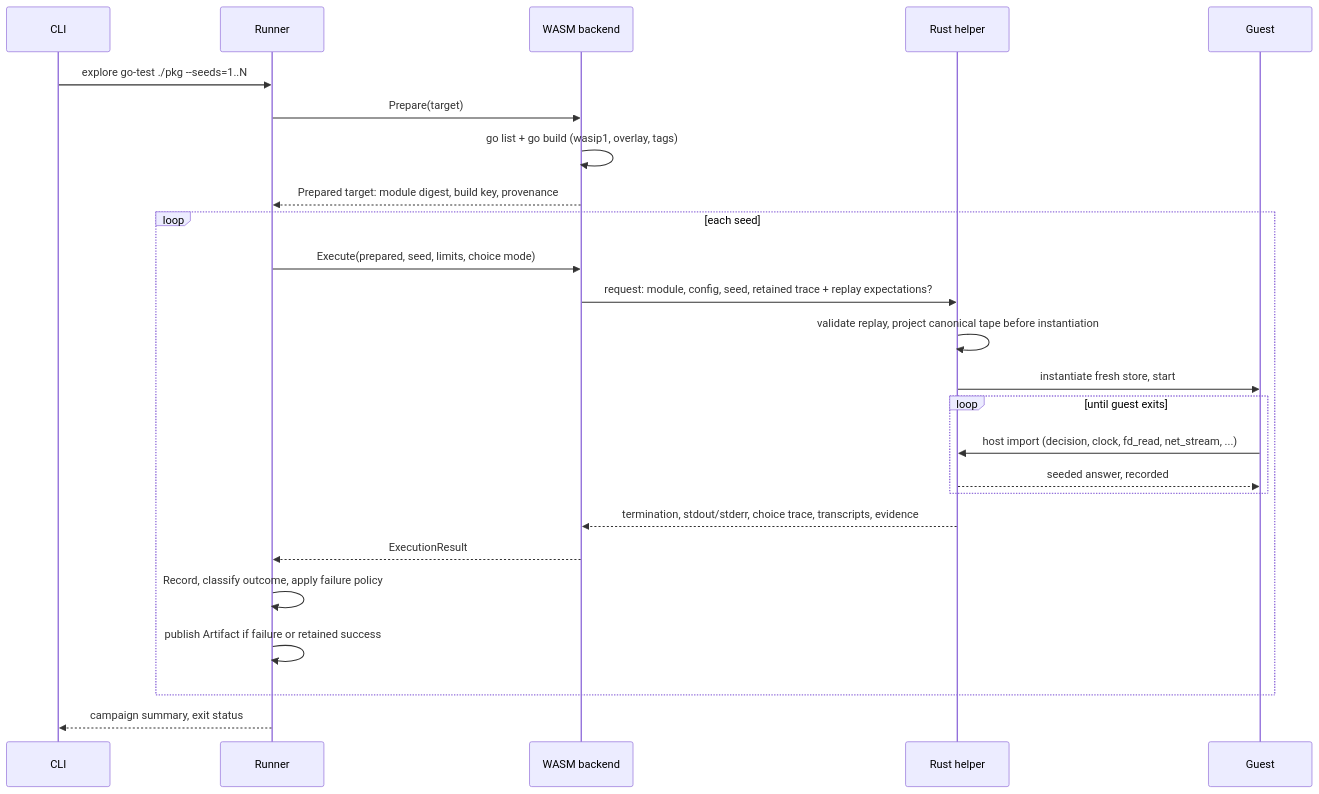
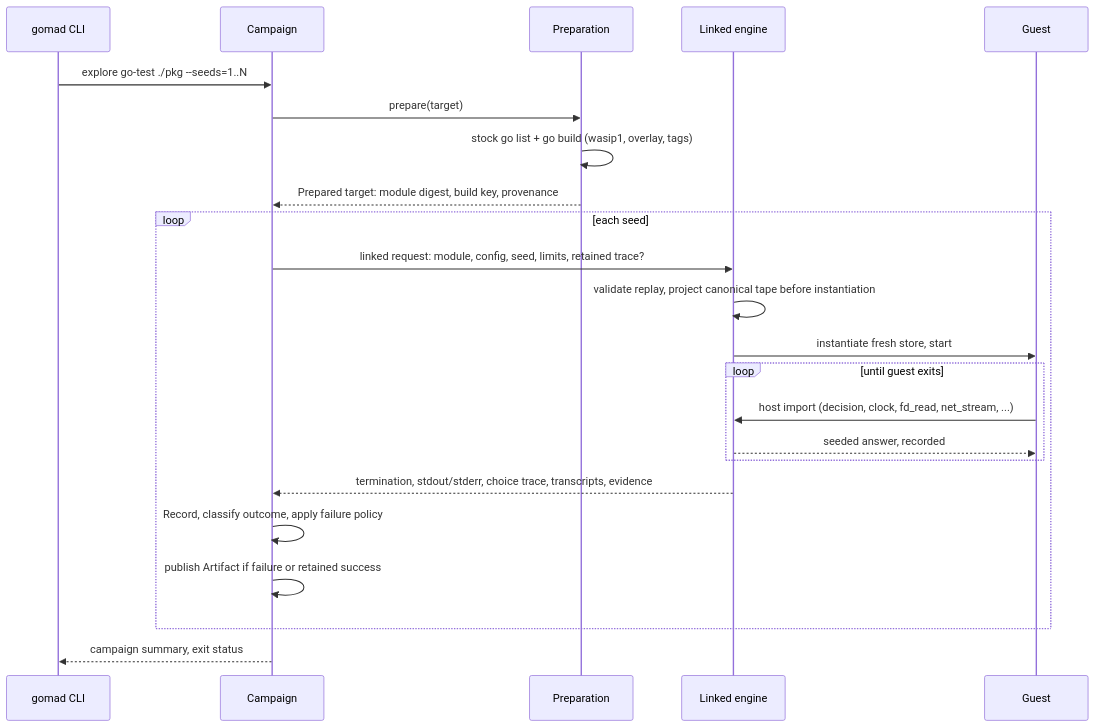
The third of 7 diagrams in tools/gomad/ARCHITECTURE.md (stephanos/temporal), drawn with Mermaid before and after one commit. The commit also changed other lines of this file and 8 other files, not shown here.

First line of the commit message:
gomad: close fn-232.13 retirement gaps on the Rust host

````diff
--- a/tools/gomad/ARCHITECTURE.md
+++ b/tools/gomad/ARCHITECTURE.md
@@ -120,27 +114,25 @@
 ```mermaid
 sequenceDiagram
-    participant CLI
-    participant Runner
-    participant Backend as WASM backend
-    participant Helper as Rust helper
+    participant CLI as gomad CLI
+    participant Campaign
+    participant Prepare as Preparation
+    participant Engine as Linked engine
     participant Guest
-    CLI->>Runner: explore go-test ./pkg --seeds=1..N
-    Runner->>Backend: Prepare(target)
-    Backend->>Backend: go list + go build (wasip1, overlay, tags)
-    Backend-->>Runner: Prepared target: module digest, build key, provenance
+    CLI->>Campaign: explore go-test ./pkg --seeds=1..N
+    Campaign->>Prepare: prepare(target)
+    Prepare->>Prepare: stock go list + go build (wasip1, overlay, tags)
+    Prepare-->>Campaign: Prepared target: module digest, build key, provenance
     loop each seed
-        Runner->>Backend: Execute(prepared, seed, limits, choice mode)
-        Backend->>Helper: request: module, config, seed, retained trace + replay expectations?
-        Helper->>Helper: validate replay, project canonical tape before instantiation
-        Helper->>Guest: instantiate fresh store, start
+        Campaign->>Engine: linked request: module, config, seed, limits, retained trace?
+        Engine->>Engine: validate replay, project canonical tape before instantiation
+        Engine->>Guest: instantiate fresh store, start
         loop until guest exits
-            Guest->>Helper: host import (decision, clock, fd_read, net_stream, ...)
-            Helper-->>Guest: seeded answer, recorded
+            Guest->>Engine: host import (decision, clock, fd_read, net_stream, ...)
+            Engine-->>Guest: seeded answer, recorded
         end
-        Helper-->>Backend: termination, stdout/stderr, choice trace, transcripts, evidence
-        Backend-->>Runner: ExecutionResult
-        Runner->>Runner: Record, classify outcome, apply failure policy
-        Runner->>Runner: publish Artifact if failure or retained success
+        Engine-->>Campaign: termination, stdout/stderr, choice trace, transcripts, evidence
+        Campaign->>Campaign: Record, classify outcome, apply failure policy
+        Campaign->>Campaign: publish Artifact if failure or retained success
     end
-    Runner-->>CLI: campaign summary, exit status
+    Campaign-->>CLI: campaign summary, exit status
 ```
````
